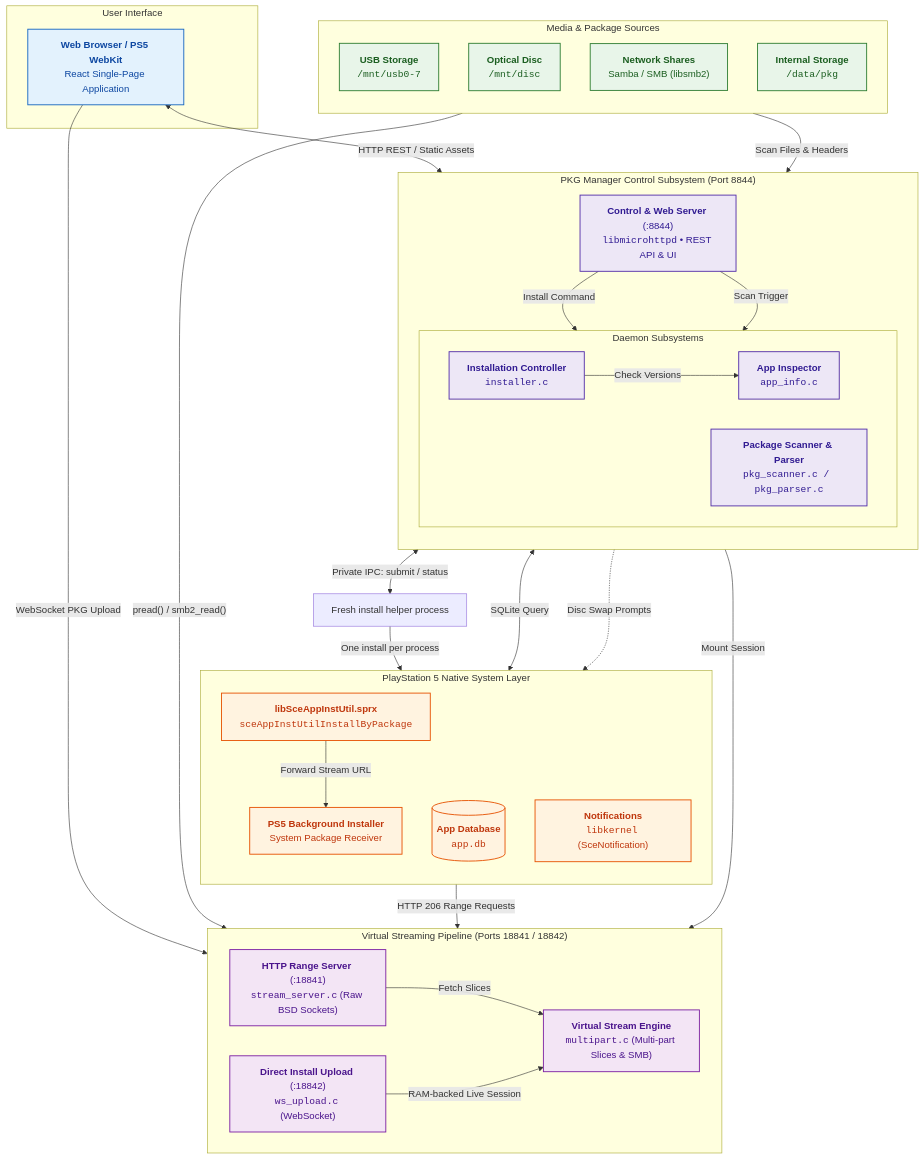
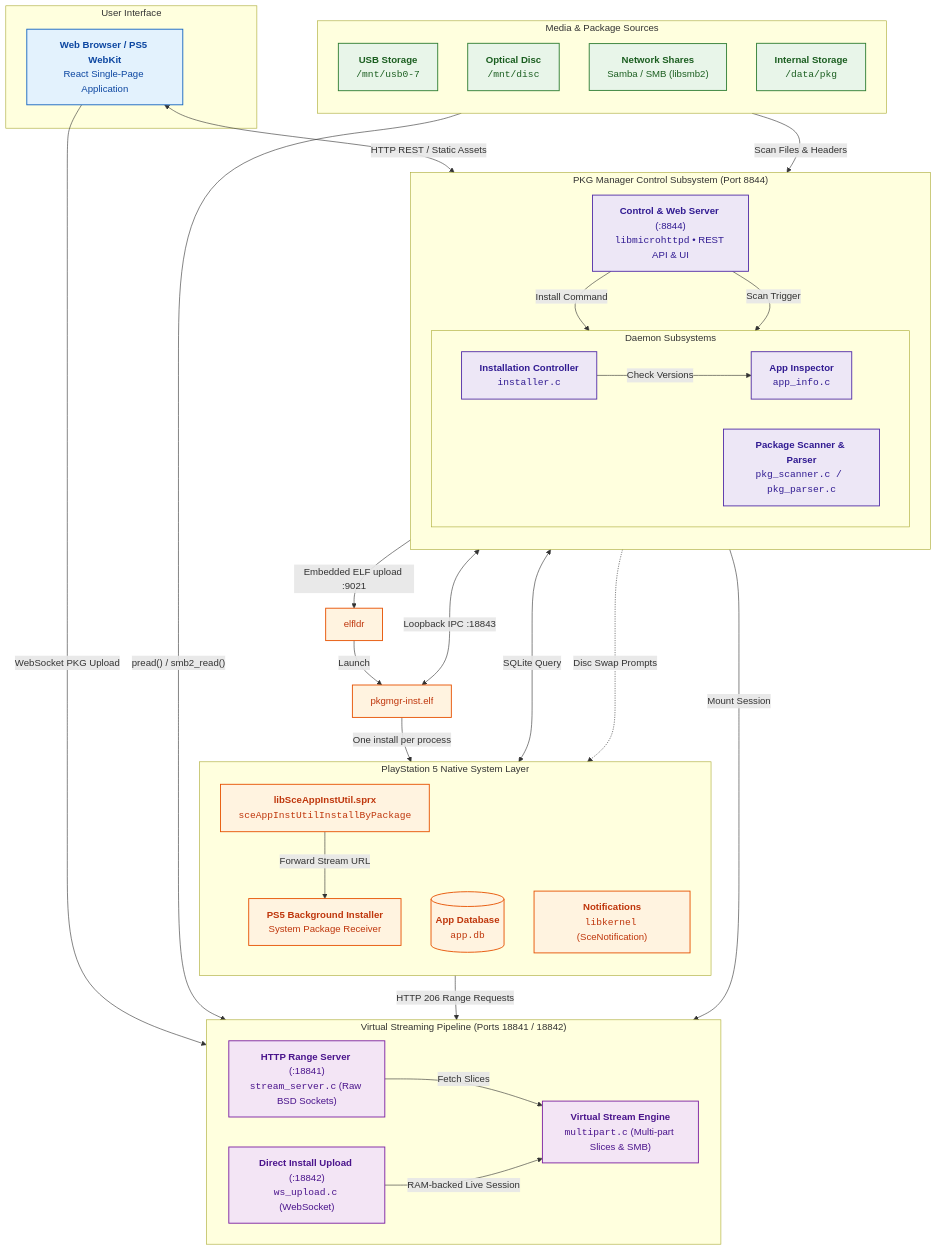
The diagram in ARCHITECTURE.md (itsPLK/ps5-pkg-manager), drawn with Mermaid before and after one commit. The commit also changed other lines of this file and 4 other files, not shown here.

````diff
--- a/ARCHITECTURE.md
+++ b/ARCHITECTURE.md
@@ -11,79 +11,81 @@
 ```mermaid
 flowchart TB
     subgraph UI ["User Interface"]
         BROWSER["<b>Web Browser / PS5 WebKit</b><br/>React Single-Page Application"]
     end
 
     subgraph STOR ["Media & Package Sources"]
         direction TB
         USB["<b>USB Storage</b><br/><code>/mnt/usb0-7</code>"]
         DISC["<b>Optical Disc</b><br/><code>/mnt/disc</code>"]
         SMB["<b>Network Shares</b><br/>Samba / SMB (libsmb2)"]
         DATA["<b>Internal Storage</b><br/><code>/data/pkg</code>"]
     end
 
     subgraph CTRL ["PKG Manager Control Subsystem (Port 8844)"]
         direction TB
         HTTP8844["<b>Control & Web Server</b> (:8844)<br/><code>libmicrohttpd</code> &bull; REST API & UI"]
         subgraph CTRL_WORKERS ["Daemon Subsystems"]
             direction LR
             APPINFO["<b>App Inspector</b><br/><code>app_info.c</code>"]
             INSTALLER["<b>Installation Controller</b><br/><code>installer.c</code>"]
             SCANNER["<b>Package Scanner & Parser</b><br/><code>pkg_scanner.c / pkg_parser.c</code>"]
         end
     end
 
     subgraph STRM ["Virtual Streaming Pipeline (Ports 18841 / 18842)"]
         direction LR
         SOCKET["<b>HTTP Range Server</b> (:18841)<br/><code>stream_server.c</code> (Raw BSD Sockets)"]
         WS["<b>Direct Install Upload</b> (:18842)<br/><code>ws_upload.c</code> (WebSocket)"]
         VSTREAM["<b>Virtual Stream Engine</b><br/><code>multipart.c</code> (Multi-part Slices & SMB)"]
     end
 
     subgraph PS5 ["PlayStation 5 Native System Layer"]
         direction TB
         SCE["<b>libSceAppInstUtil.sprx</b><br/><code>sceAppInstUtilInstallByPackage</code>"]
         RECEIVER["<b>PS5 Background Installer</b><br/>System Package Receiver"]
         APPDB[("<b>App Database</b><br/><code>app.db</code>")]
         NOTIF["<b>Notifications</b><br/><code>libkernel</code> (SceNotification)"]
     end
 
     %% UI Interaction
     BROWSER <-->|"HTTP REST / Static Assets"| HTTP8844
     BROWSER -->|"WebSocket PKG Upload"| WS
 
     %% Control Plane routing
     HTTP8844 -->|"Install Command"| INSTALLER
     HTTP8844 -->|"Scan Trigger"| SCANNER
     INSTALLER -->|"Check Versions"| APPINFO
 
     %% Left: PS5 OS interactions
     APPINFO <-->|"SQLite Query"| APPDB
-    INSTALLER <-->|"Private IPC: submit / status"| HELPER["Fresh install helper process"]
+    INSTALLER -->|"Embedded ELF upload :9021"| ELFLDR["elfldr"]
+    ELFLDR -->|"Launch"| HELPER["pkgmgr-inst.elf"]
+    INSTALLER <-->|"Loopback IPC :18843"| HELPER
     HELPER -->|"One install per process"| SCE
     INSTALLER -.->|"Disc Swap Prompts"| NOTIF
     SCE -->|"Forward Stream URL"| RECEIVER
     RECEIVER -->|"HTTP 206 Range Requests"| SOCKET
 
     %% Center: Stream session mount
     INSTALLER -->|"Mount Session"| VSTREAM
     SOCKET -->|"Fetch Slices"| VSTREAM
     WS -->|"RAM-backed Live Session"| VSTREAM
 
     %% Right: Storage reads
     STOR -->|"Scan Files & Headers"| SCANNER
     STOR -->|"pread() / smb2_read()"| VSTREAM
 
     %% Styling
     classDef client fill:#e3f2fd,stroke:#1565c0,stroke-width:1.5px,color:#0d47a1;
     classDef ctrl fill:#ede7f6,stroke:#512da8,stroke-width:1.5px,color:#311b92;
     classDef stor fill:#e8f5e9,stroke:#2e7d32,stroke-width:1.5px,color:#1b5e20;
     classDef strm fill:#f3e5f5,stroke:#7b1fa2,stroke-width:1.5px,color:#4a148c;
     classDef ps5 fill:#fff3e0,stroke:#e65100,stroke-width:1.5px,color:#bf360c;
 
     class BROWSER client;
     class HTTP8844,APPINFO,INSTALLER,SCANNER ctrl;
     class USB,DISC,SMB,DATA stor;
     class SOCKET,WS,VSTREAM strm;
-    class SCE,RECEIVER,APPDB,NOTIF ps5;
+    class ELFLDR,HELPER,SCE,RECEIVER,APPDB,NOTIF ps5;
 ```
````
